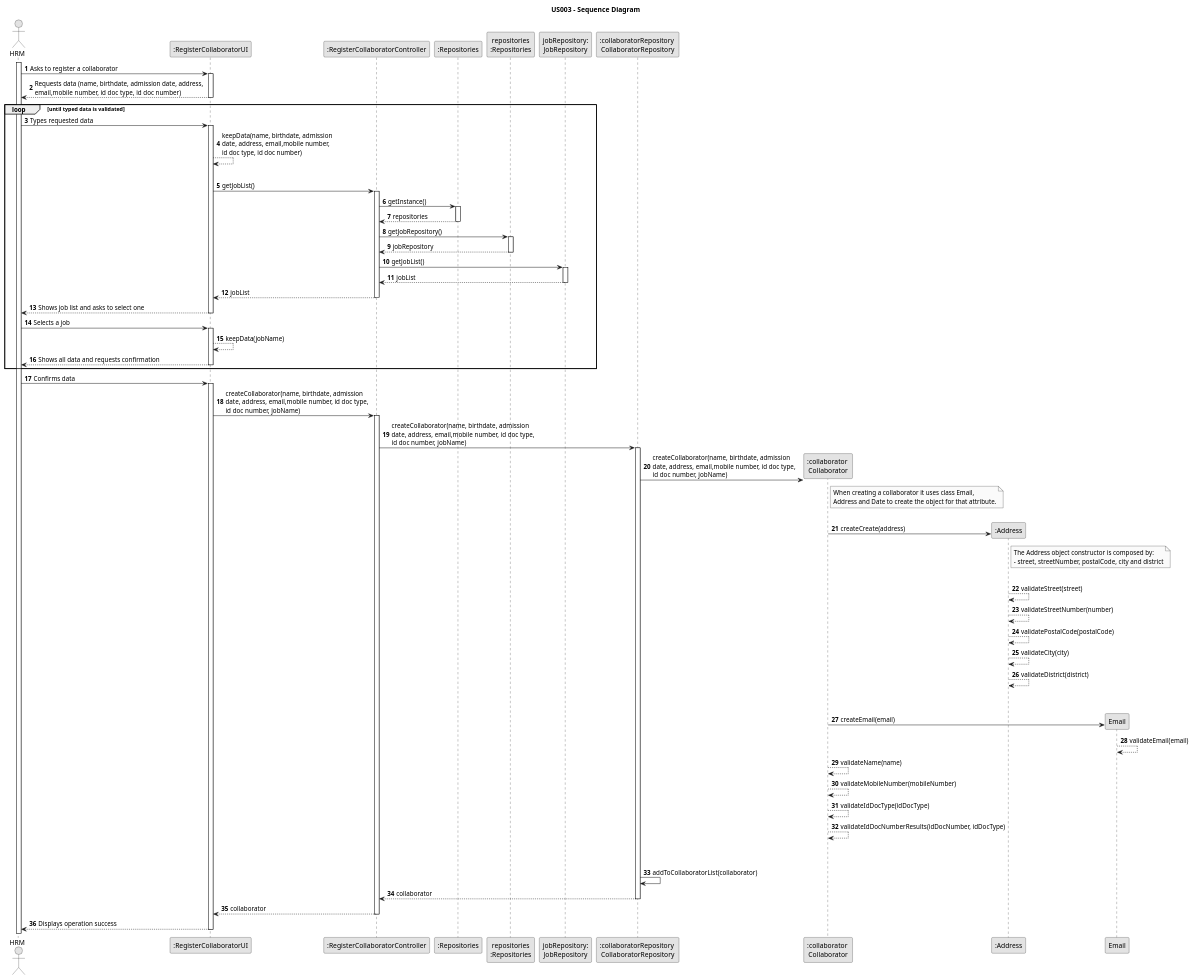
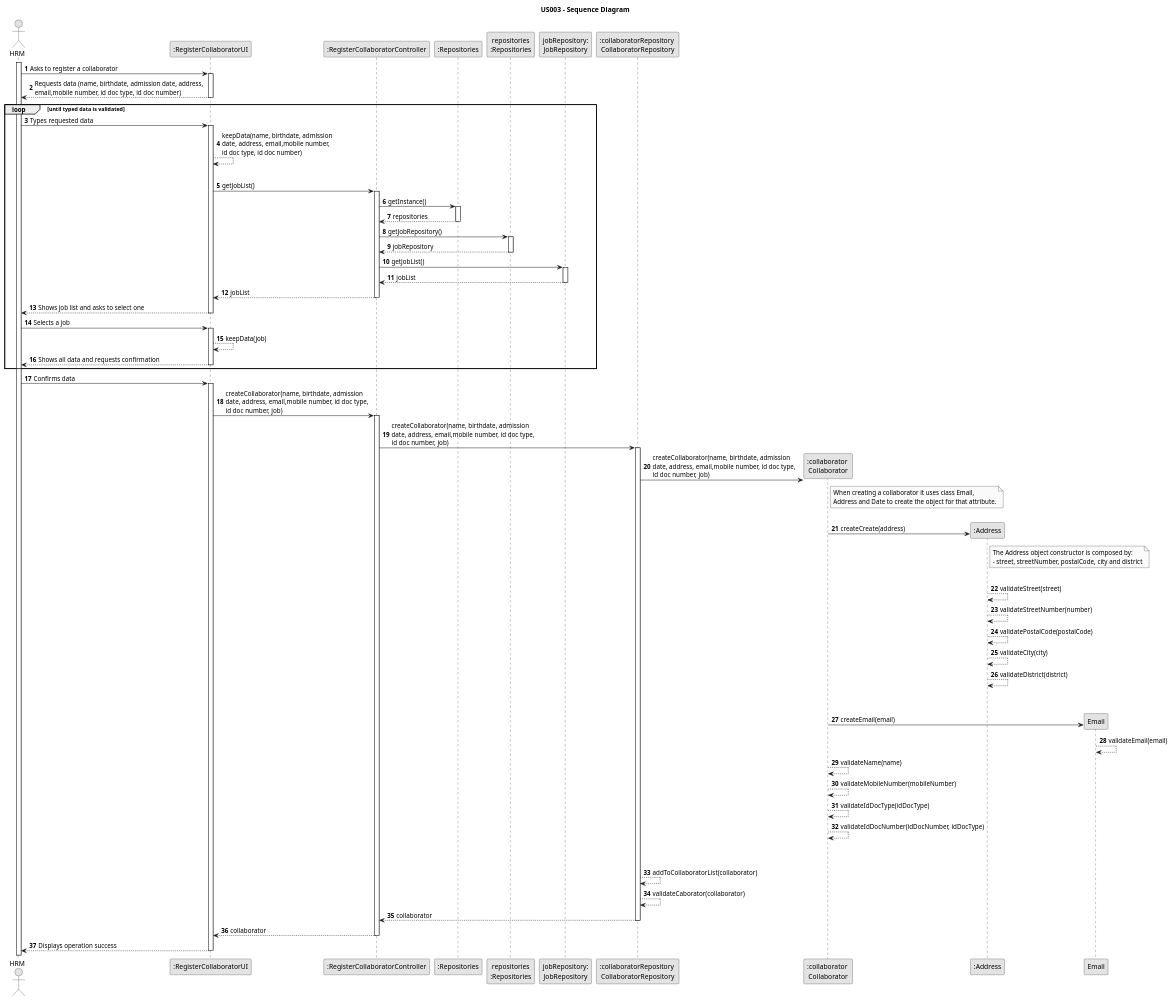
One commit to Rui-San/LAPR2_2023_2024 changed the diagram in docs/sprintB/us003/03.design/puml/us003-sequence-diagram.puml. Above: the diagram before and after it, drawn with PlantUML. The commit also changed 1 other file, not shown here.

Commit message:
us003-sequence-diagram/class diagram
Changed organization to CollaboratorRepository and did other minor changes on constructor atributes/validation.

```diff
--- a/docs/sprintB/us003/03.design/puml/us003-sequence-diagram.puml
+++ b/docs/sprintB/us003/03.design/puml/us003-sequence-diagram.puml
@@ -1,129 +1,130 @@
 @startuml
 skinparam monochrome true
 skinparam packageStyle rectangle
 skinparam shadowing false
 
 title US003 - Sequence Diagram
 
 autonumber
 
 actor "HRM" as HRM
 participant ":RegisterCollaboratorUI" as UI
 participant ":RegisterCollaboratorController" as CTRL
 participant ":Repositories" as RepositorySingleton
 participant "repositories\n:Repositories" as PLAT
 participant "jobRepository:\nJobRepository" as JobRepository
 participant ":collaboratorRepository \nCollaboratorRepository" as COLREP
 participant ":collaborator \nCollaborator" as COL
 participant ":Address" as Address
 
 activate HRM
 
     HRM -> UI : Asks to register a collaborator
 
     activate UI
 
         UI --> HRM : Requests data (name, birthdate, admission date, address, \nemail,mobile number, id doc type, id doc number)
     deactivate UI
 
     loop until typed data is validated
 
     HRM -> UI : Types requested data
 
     activate UI
         UI --> UI : keepData(name, birthdate, admission\ndate, address, email,mobile number,\nid doc type, id doc number)
         |||
         UI -> CTRL : getJobList()
 
 
         activate CTRL
 
             CTRL -> RepositorySingleton : getInstance()
 
             activate RepositorySingleton
 
             RepositorySingleton --> CTRL : repositories
             deactivate RepositorySingleton
 
             CTRL -> PLAT : getJobRepository()
             activate PLAT
 
             PLAT --> CTRL : jobRepository
             deactivate PLAT
 
             CTRL -> JobRepository : getJobList()
             activate JobRepository
 
             JobRepository --> CTRL : jobList
             deactivate JobRepository
 
             CTRL --> UI : jobList
         deactivate CTRL
 
         UI --> HRM : Shows job list and asks to select one
     deactivate UI
 
     HRM -> UI : Selects a job
 
     activate UI
 
-        UI --> UI : keepData(jobName)
+        UI --> UI : keepData(job)
         UI --> HRM : Shows all data and requests confirmation
     deactivate UI
     end
 
     HRM -> UI : Confirms data
 
     activate UI
 
-        UI -> CTRL : createCollaborator(name, birthdate, admission\ndate, address, email,mobile number, id doc type,\nid doc number, jobName)
+        UI -> CTRL : createCollaborator(name, birthdate, admission\ndate, address, email,mobile number, id doc type,\nid doc number, job)
         activate CTRL
 
-            CTRL -> COLREP : createCollaborator(name, birthdate, admission\ndate, address, email,mobile number, id doc type,\nid doc number, jobName)
+            CTRL -> COLREP : createCollaborator(name, birthdate, admission\ndate, address, email,mobile number, id doc type,\nid doc number, job)
             activate COLREP
 
-                COLREP -> COL** : createCollaborator(name, birthdate, admission\ndate, address, email,mobile number, id doc type,\nid doc number, jobName)
+                COLREP -> COL** : createCollaborator(name, birthdate, admission\ndate, address, email,mobile number, id doc type,\nid doc number, job)
                 note right of COL : When creating a collaborator it uses class Email,\nAddress and Date to create the object for that attribute.
 
                |||
                 COL -> Address** : createCreate(address)
 
                 note right of Address: The Address object constructor is composed by:\n- street, streetNumber, postalCode, city and district
                 |||
                 Address --> Address : validateStreet(street)
                 Address --> Address : validateStreetNumber(number)
                 Address --> Address : validatePostalCode(postalCode)
                 Address --> Address : validateCity(city)
                 Address --> Address : validateDistrict(district)
 
                 |||
                 |||
 
 
 
                 COL -> Email** : createEmail(email)
 
                 Email --> Email : validateEmail(email)
                 COL --> COL : validateName(name)
                 COL --> COL : validateMobileNumber(mobileNumber)
                 COL --> COL : validateIdDocType(idDocType)
-                COL --> COL : validateIdDocNumberResults(idDocNumber, idDocType)
+                COL --> COL : validateIdDocNumber(idDocNumber, idDocType)
 
 
                 |||
                 |||
 
-                COLREP -> COLREP : addToCollaboratorList(collaborator)
+                COLREP --> COLREP : addToCollaboratorList(collaborator)
+                COLREP --> COLREP : validateCaborator(collaborator)
                 COLREP --> CTRL : collaborator
 
             deactivate COLREP
 
             CTRL --> UI : collaborator
         deactivate CTRL
 
         UI --> HRM : Displays operation success
     deactivate UI
 
 
 
 @enduml
```
